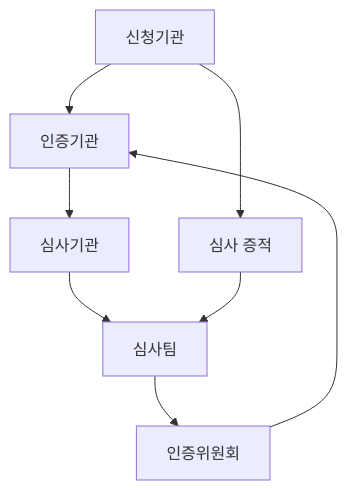
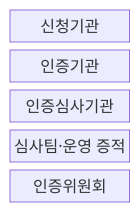
One commit to agnusdei1207/knowledge-base changed the first of 2 diagrams in src/content/docs/notes/05-security/104_isms_p_certification_process.md. Above: the diagram before and after it, drawn with Mermaid. The commit also changed other lines of this file and 6 other files, not shown here.

````diff
--- a/src/content/docs/notes/05-security/104_isms_p_certification_process.md
+++ b/src/content/docs/notes/05-security/104_isms_p_certification_process.md
@@ -52,10 +53,9 @@
 ```mermaid
-flowchart TB
-  O["신청기관"] --> A["인증기관"]
-  A --> B["심사기관"]
-  B --> T["심사팀"]
-  O --> E["심사 증적"]
-  E --> T
-  T --> C["인증위원회"]
-  C --> A
+block-beta
+  columns 1
+  O["신청기관"]
+  A["인증기관"]
+  B["인증심사기관"]
+  E["심사팀·운영 증적"]
+  C["인증위원회"]
 ```
````
